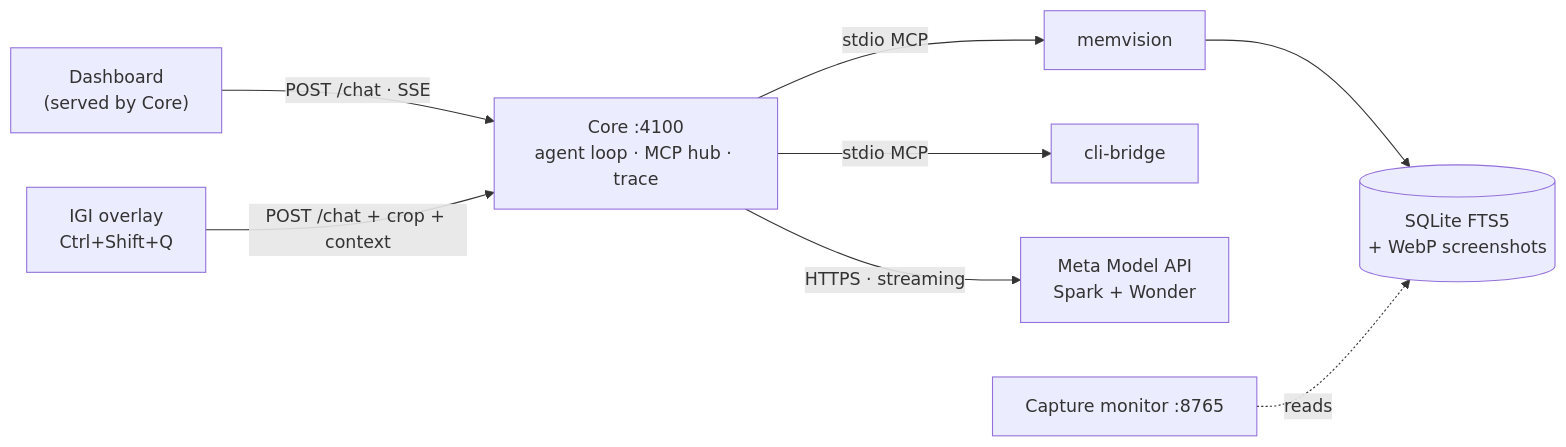
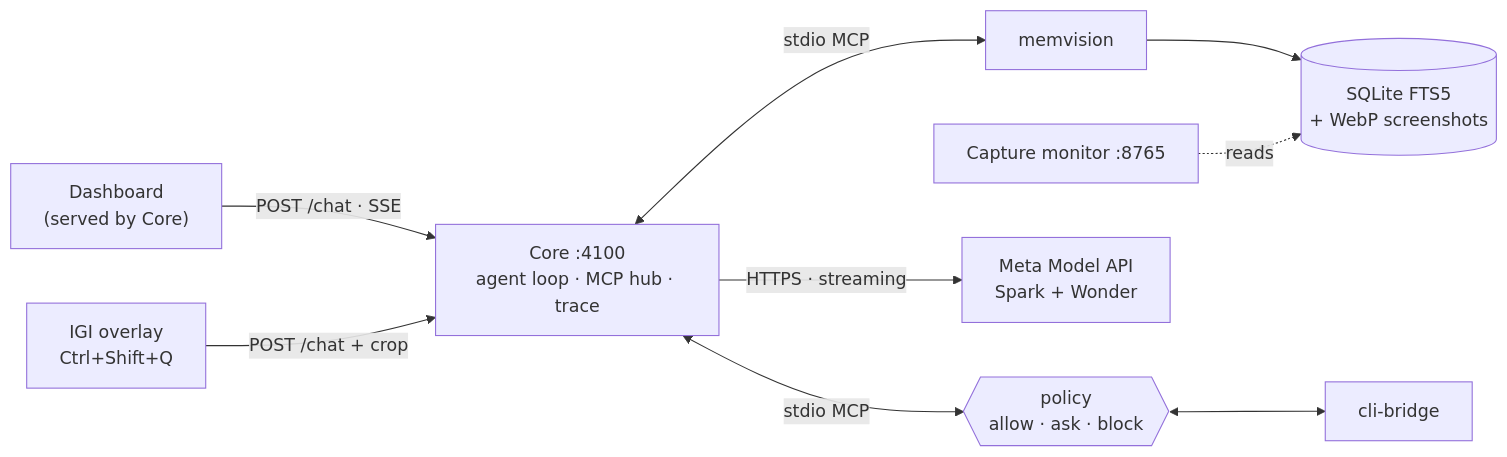
The diagram in README.md (anshupriyan/enheduanna-meta-submission), drawn with Mermaid before and after one commit.

Commit message:
docs: update architecture flowchart with policy node and bidirectional mcp connections

````diff
--- a/README.md
+++ b/README.md
@@ -81,11 +81,12 @@
 ```mermaid
 flowchart LR
     D["Dashboard<br/>(served by Core)"] -->|"POST /chat · SSE"| C
-    I["IGI overlay<br/>Ctrl+Shift+Q"] -->|"POST /chat + crop + context"| C
+    I["IGI overlay<br/>Ctrl+Shift+Q"] -->|"POST /chat + crop"| C
     C["Core :4100<br/>agent loop · MCP hub · trace"]
-    C -->|"stdio MCP"| M["memvision"]
-    C -->|"stdio MCP"| B["cli-bridge"]
+    C <-->|"stdio MCP"| M["memvision"]
+    C <-->|"stdio MCP"| P{{"policy<br/>allow · ask · block"}}
+    P <--> B["cli-bridge"]
     C -->|"HTTPS · streaming"| A["Meta Model API<br/>Spark + Wonder"]
     M --> S[("SQLite FTS5<br/>+ WebP screenshots")]
     V["Capture monitor :8765"] -.->|reads| S
 ```
````
